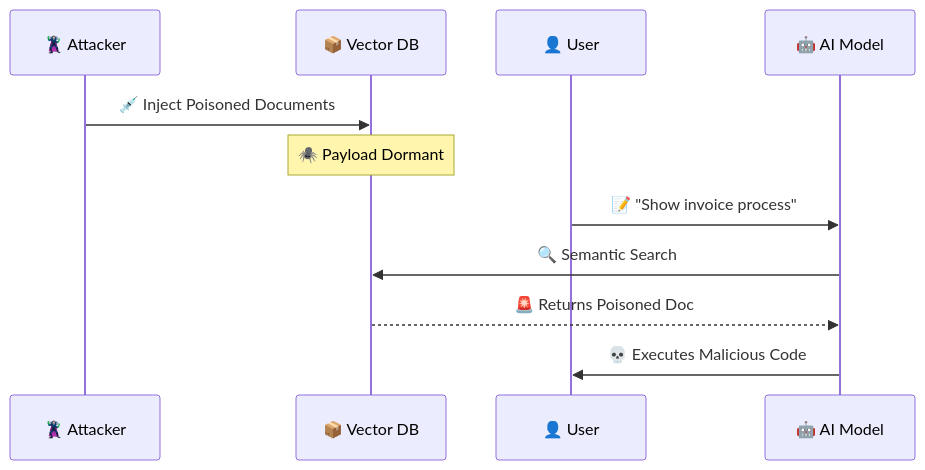
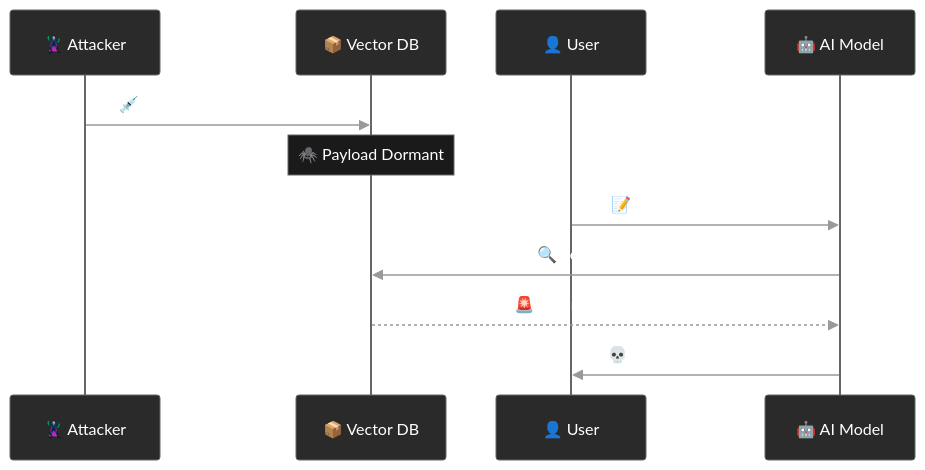
The second of 7 diagrams in lpci_output/LPCI_ANALYSIS_REPORT.md (mbhatt1/agentic_lpci_framework), drawn with Mermaid before and after one commit. The commit also changed other lines of this file and 2 other files, not shown here.

````diff
--- a/lpci_output/LPCI_ANALYSIS_REPORT.md
+++ b/lpci_output/LPCI_ANALYSIS_REPORT.md
@@ -79,14 +99,34 @@
 ```mermaid
+%%{init: {
+  'theme': 'base',
+  'themeVariables': {
+    'primaryColor': '#000000',
+    'primaryTextColor': '#ffffff',
+    'primaryBorderColor': '#666666',
+    'lineColor': '#999999',
+    'background': '#000000',
+    'mainBkg': '#1a1a1a',
+    'actorBkg': '#2a2a2a',
+    'actorBorder': '#666666',
+    'actorTextColor': '#ffffff',
+    'signalColor': '#999999',
+    'signalTextColor': '#ffffff',
+    'noteBkgColor': '#1a1a1a',
+    'noteTextColor': '#ffffff',
+    'noteBorderColor': '#666666',
+    'sequenceNumberColor': '#000000'
+  }
+}}%%
 sequenceDiagram
     participant A as 🦹 Attacker
     participant V as 📦 Vector DB
     participant U as 👤 User
     participant AI as 🤖 AI Model
     
     A->>V: 💉 Inject Poisoned Documents
     Note over V: 🕷️ Payload Dormant
     U->>AI: 📝 "Show invoice process"
     AI->>V: 🔍 Semantic Search
     V-->>AI: 🚨 Returns Poisoned Doc
     AI->>U: 💀 Executes Malicious Code
 ```
````
